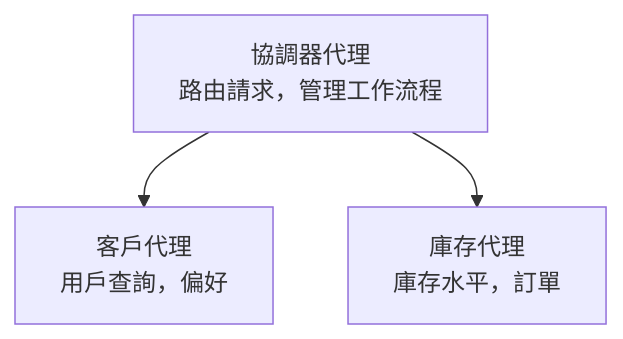
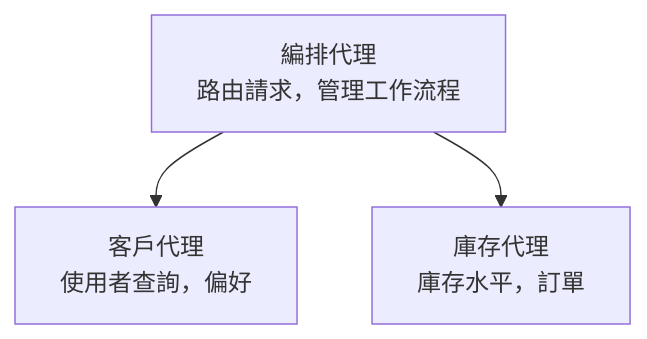
The diagram in translations/zh-MO/docs/chapter-05-multi-agent/README.md (microsoft/AZD-for-beginners), drawn with Mermaid before and after one commit. The commit also changed other lines of this file and 104 other files, not shown here.

````diff
--- a/translations/zh-MO/docs/chapter-05-multi-agent/README.md
+++ b/translations/zh-MO/docs/chapter-05-multi-agent/README.md
@@ -52,5 +54,5 @@
 ```mermaid
 graph TD
-    Orchestrator[協調器代理<br/>路由請求，管理工作流程] --> Customer[客戶代理<br/>用戶查詢，偏好]
+    Orchestrator[編排代理<br/>路由請求，管理工作流程] --> Customer[客戶代理<br/>使用者查詢，偏好]
     Orchestrator --> Inventory[庫存代理<br/>庫存水平，訂單]
 ```
````
